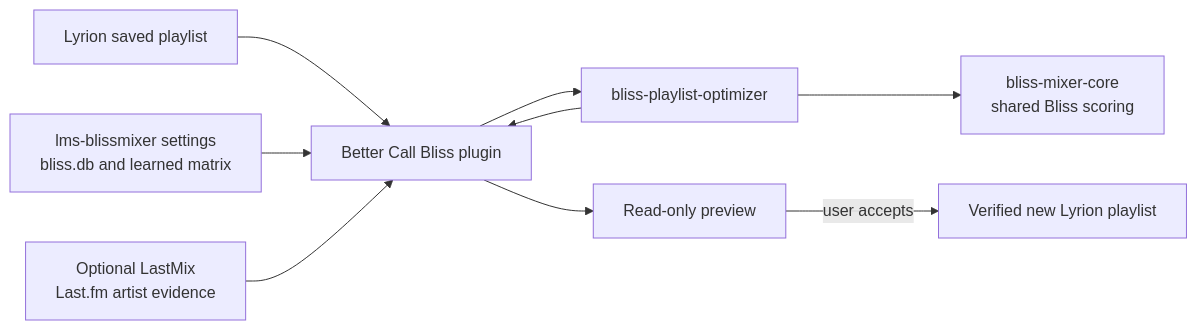
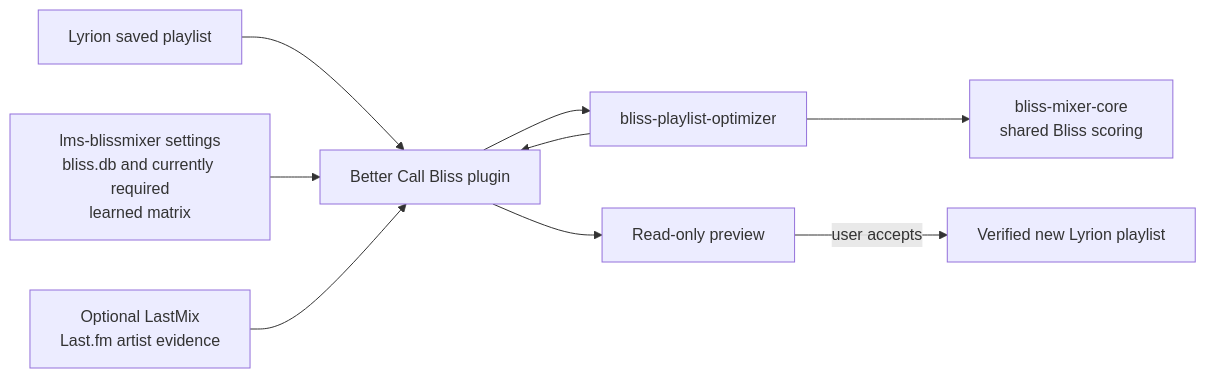
Before and after one commit to chrober/lms-better-call-bliss: the diagram in README.md, drawn with Mermaid. The commit also changed other lines of this file and 3 other files, not shown here.

Commit message:
docs: clarify learned matrix requirement

```diff
--- a/README.md
+++ b/README.md
@@ -71,11 +76,11 @@
 ~~~mermaid
 flowchart LR
     LMS["Lyrion saved playlist"] --> P["Better Call Bliss plugin"]
-    BM["lms-blissmixer settings<br/>bliss.db and learned matrix"] --> P
+    BM["lms-blissmixer settings<br/>bliss.db and currently required<br/>learned matrix"] --> P
     LM["Optional LastMix<br/>Last.fm artist evidence"] --> P
     P --> O["bliss-playlist-optimizer"]
     O --> C["bliss-mixer-core<br/>shared Bliss scoring"]
     O --> P
     P --> V["Read-only preview"]
     V -->|"user accepts"| N["Verified new Lyrion playlist"]
 ~~~
```
